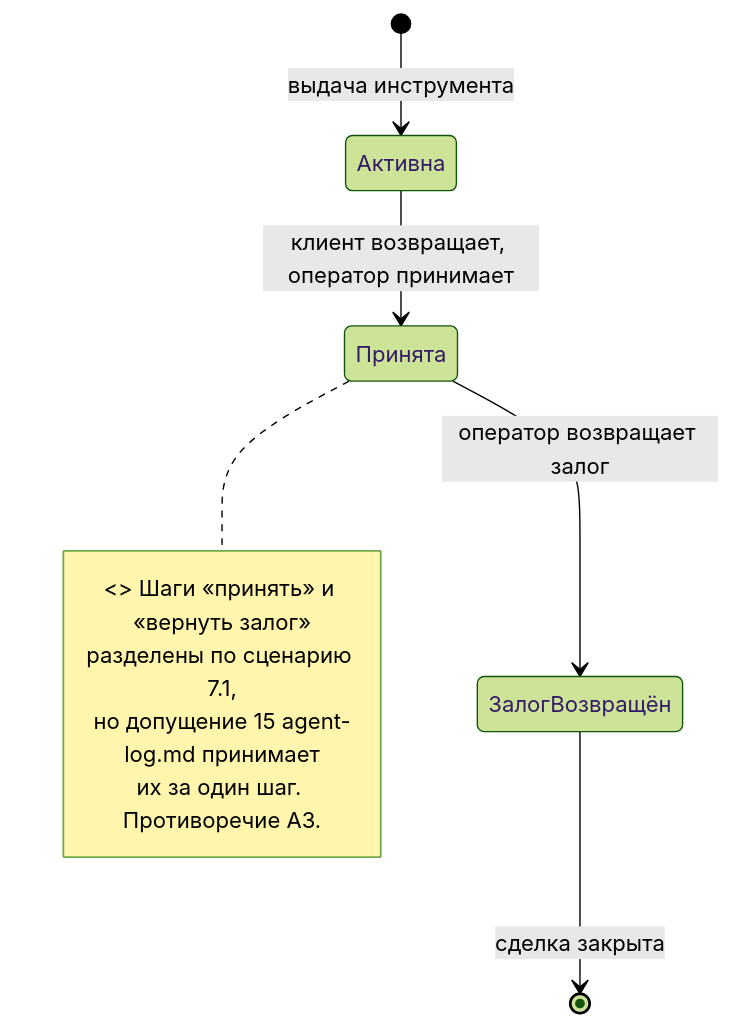
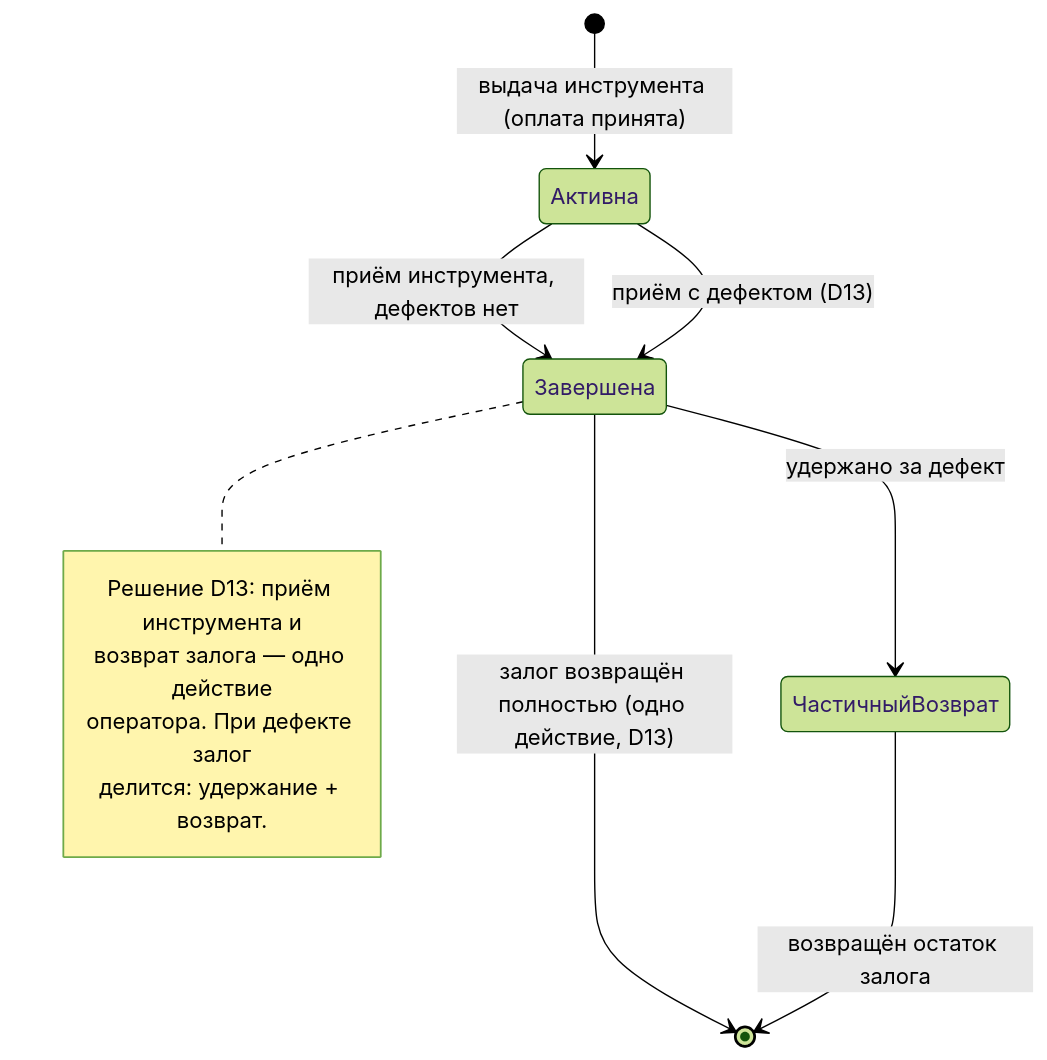
Before and after one commit to Kembi0736/rent_oop: the fourth of 4 diagrams in specification/diagrams.md, drawn with Mermaid (forest theme). The commit also changed other lines of this file, not shown here.

Commit message:
Закрыть все <<open>> в диаграммах решениями D1-D14

````diff
--- a/specification/diagrams.md
+++ b/specification/diagrams.md
@@ -162,15 +161,18 @@
 ```mermaid
 stateDiagram-v2
-    [*] --> Активна : выдача инструмента
+    [*] --> Активна : выдача инструмента (оплата принята)
 
-    Активна --> Принята : клиент возвращает, оператор принимает
-    Принята --> ЗалогВозвращён : оператор возвращает залог
-    ЗалогВозвращён --> [*] : сделка закрыта
+    Активна --> Завершена : приём инструмента, дефектов нет
+    Завершена --> [*] : залог возвращён полностью (одно действие, D13)
 
-    note right of Принята
-        <<open>> Шаги «принять» и «вернуть залог»
-        разделены по сценарию 7.1,
-        но допущение 15 agent-log.md принимает
-        их за один шаг. Противоречие A3.
+    Активна --> Завершена : приём с дефектом (D13)
+    Завершена --> ЧастичныйВозврат : удержано за дефект
+    ЧастичныйВозврат --> [*] : возвращён остаток залога
+
+    note right of Завершена
+        Решение D13: приём инструмента и
+        возврат залога — одно действие
+        оператора. При дефекте залог
+        делится: удержание + возврат.
     end note
 ```
````
